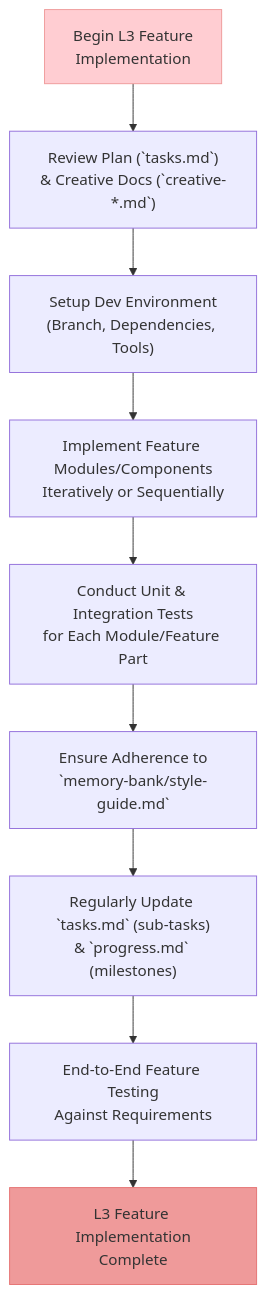
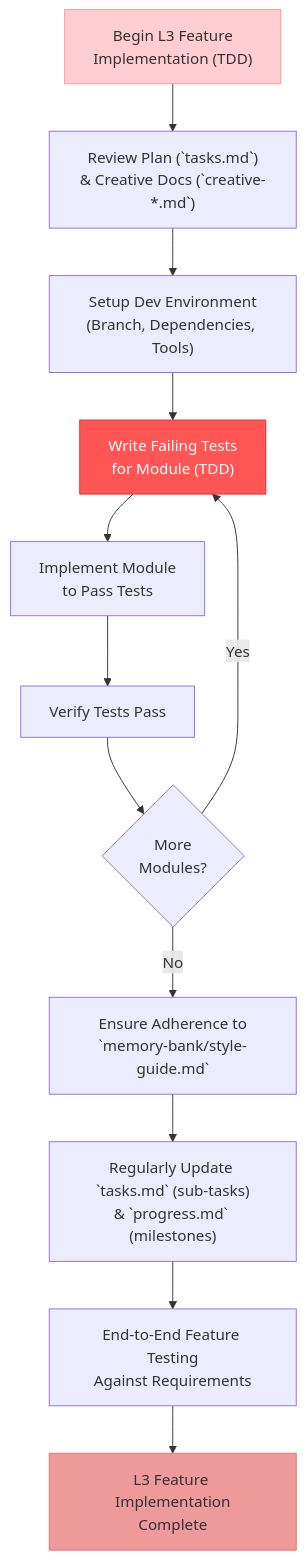
One commit to Texarkanine/.cursor-rules changed the sixth of 8 diagrams in rulesets/niko/niko/Level3/workflow-level3.mdc. Above: the diagram before and after it, drawn with Mermaid. The commit also changed other lines of this file and 14 other files, not shown here.

Commit message:
feat(niko): Assume TDD, integrate into memory bank workflows. (#26)

````diff
--- a/rulesets/niko/niko/Level3/workflow-level3.mdc
+++ b/rulesets/niko/niko/Level3/workflow-level3.mdc
@@ -203,14 +203,18 @@
 ```mermaid
 graph TD
-    StartImpl["Begin L3 Feature<br>Implementation"] --> ReviewPlanDesign["Review Plan (`tasks.md`)<br>& Creative Docs (`creative-*.md`)"]
+    StartImpl["Begin L3 Feature<br>Implementation (TDD)"] --> ReviewPlanDesign["Review Plan (`tasks.md`)<br>& Creative Docs (`creative-*.md`)"]
     ReviewPlanDesign --> SetupDevEnv["Setup Dev Environment<br>(Branch, Dependencies, Tools)"]
-    SetupDevEnv --> BuildModules["Implement Feature Modules/Components<br>Iteratively or Sequentially"]
-    BuildModules --> UnitIntegrationTests["Conduct Unit & Integration Tests<br>for Each Module/Feature Part"]
-    UnitIntegrationTests --> StyleAdherence["Ensure Adherence to<br>`memory-bank/style-guide.md`"]
+    SetupDevEnv --> WriteTests["Write Failing Tests<br>for Module (TDD)"]
+    WriteTests --> BuildModules["Implement Module<br>to Pass Tests"]
+    BuildModules --> VerifyTests["Verify Tests Pass"]
+    VerifyTests --> MoreModules{"More<br>Modules?"}
+    MoreModules -->|"Yes"| WriteTests
+    MoreModules -->|"No"| StyleAdherence["Ensure Adherence to<br>`memory-bank/style-guide.md`"]
     StyleAdherence --> UpdateProgressDocs["Regularly Update `tasks.md` (sub-tasks)<br>& `progress.md` (milestones)"]
     UpdateProgressDocs --> E2EFeatureTest["End-to-End Feature Testing<br>Against Requirements"]
     E2EFeatureTest --> ImplComplete["L3 Feature Implementation<br>Complete"]
 
     style StartImpl fill:#ffcdd2,stroke:#ef9a9a
+    style WriteTests fill:#ff5555,stroke:#dd3333,color:white
     style ImplComplete fill:#ef9a9a,stroke:#e57373
 ```
````
